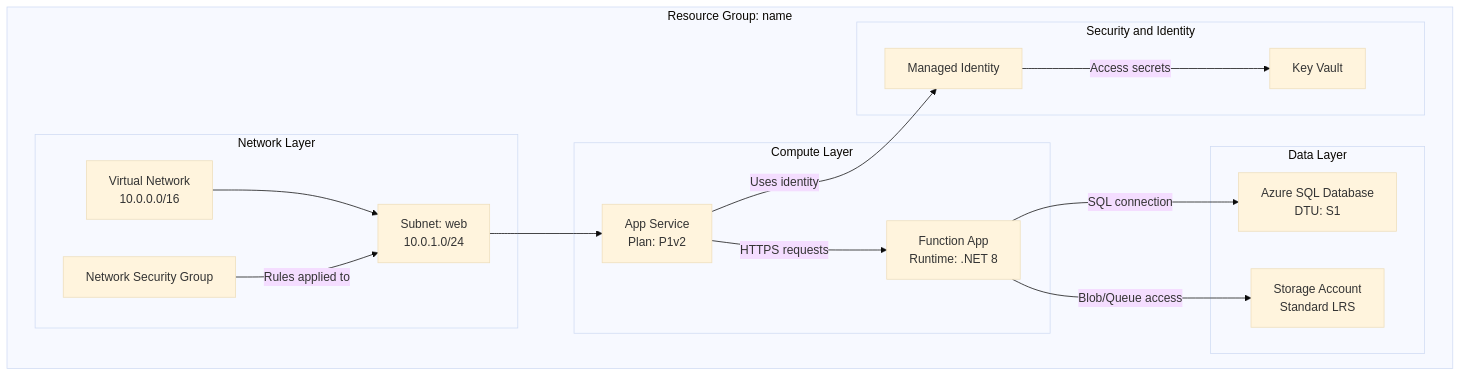
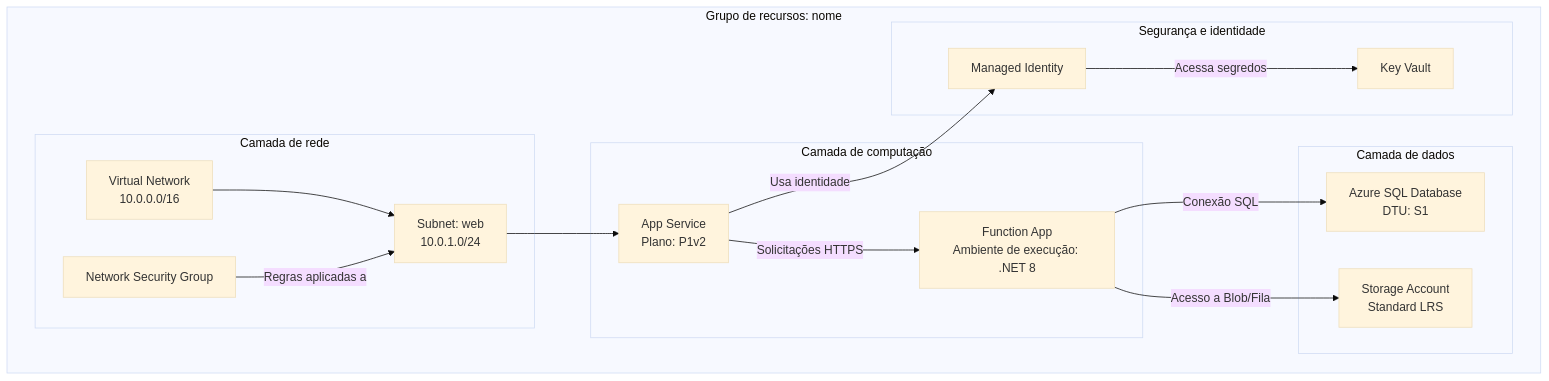
One commit to paulasilvatech/datacorp-sifap-team-kit-pt-br changed the diagram in .github/skills/azure-resource-visualizer/SKILL.md. Above: the diagram before and after it, drawn with Mermaid (base theme). The commit also changed other lines of this file and 361 other files, not shown here.

````diff
--- a/.github/skills/azure-resource-visualizer/SKILL.md
+++ b/.github/skills/azure-resource-visualizer/SKILL.md
@@ -54,30 +54,30 @@
 ```mermaid
 graph TB
-    subgraph "Resource Group: name"
-        subgraph "Network Layer"
+    subgraph "Grupo de recursos: nome"
+        subgraph "Camada de rede"
             VNET[Virtual Network<br/>10.0.0.0/16]
             SUBNET1[Subnet: web<br/>10.0.1.0/24]
             NSG[Network Security Group]
         end
-        subgraph "Compute Layer"
-            APP[App Service<br/>Plan: P1v2]
-            FUNC[Function App<br/>Runtime: .NET 8]
+        subgraph "Camada de computação"
+            APP[App Service<br/>Plano: P1v2]
+            FUNC[Function App<br/>Ambiente de execução: .NET 8]
         end
-        subgraph "Data Layer"
+        subgraph "Camada de dados"
             SQL[Azure SQL Database<br/>DTU: S1]
             STORAGE[Storage Account<br/>Standard LRS]
         end
-        subgraph "Security and Identity"
+        subgraph "Segurança e identidade"
             KV[Key Vault]
             MI[Managed Identity]
         end
     end
-    APP -->|"HTTPS requests"| FUNC
-    FUNC -->|"SQL connection"| SQL
-    FUNC -->|"Blob/Queue access"| STORAGE
-    APP -->|"Uses identity"| MI
-    MI -->|"Access secrets"| KV
+    APP -->|"Solicitações HTTPS"| FUNC
+    FUNC -->|"Conexão SQL"| SQL
+    FUNC -->|"Acesso a Blob/Fila"| STORAGE
+    APP -->|"Usa identidade"| MI
+    MI -->|"Acessa segredos"| KV
     VNET --> SUBNET1
     SUBNET1 --> APP
-    NSG -->|"Rules applied to"| SUBNET1
+    NSG -->|"Regras aplicadas a"| SUBNET1
 ```
````
